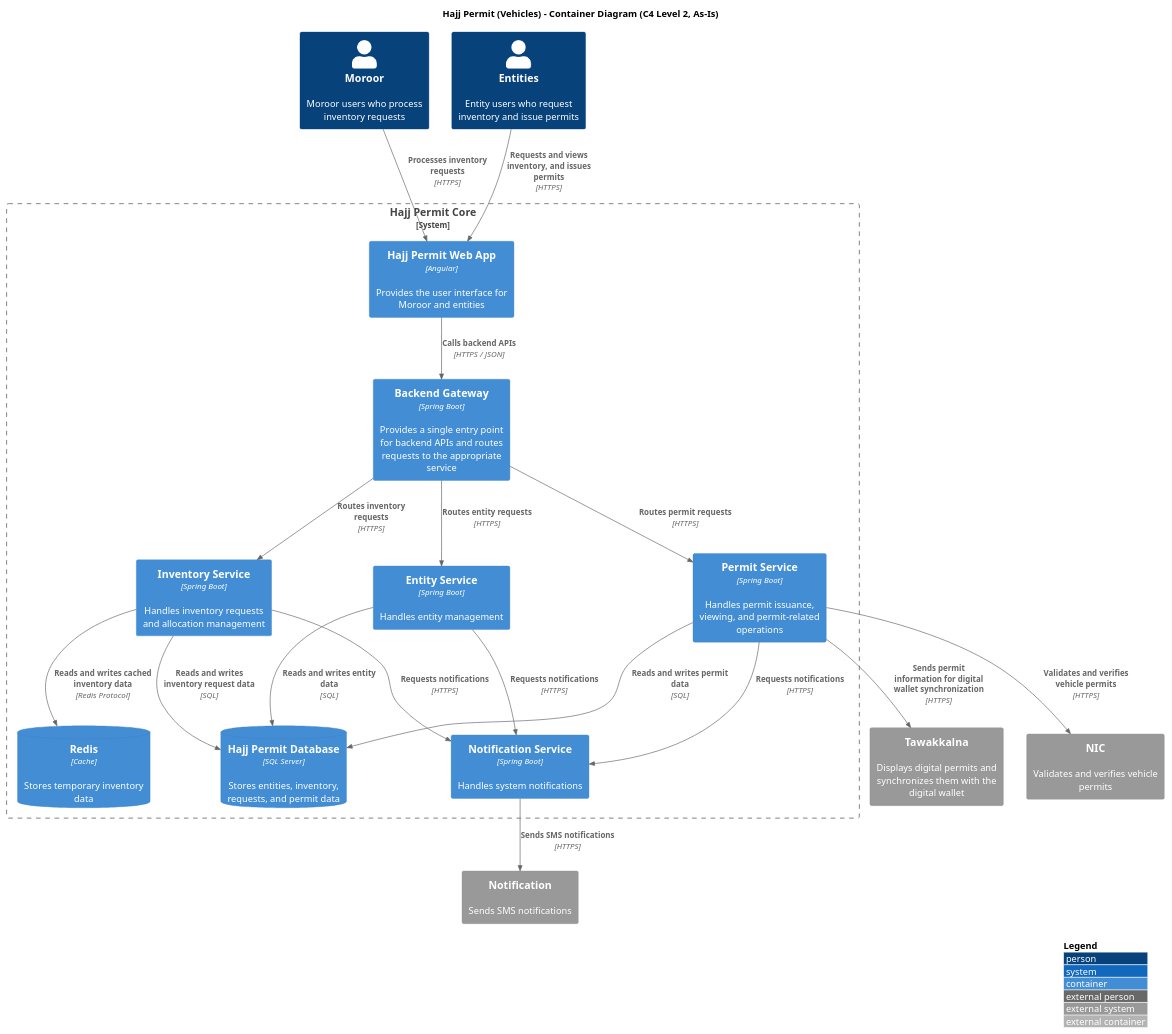
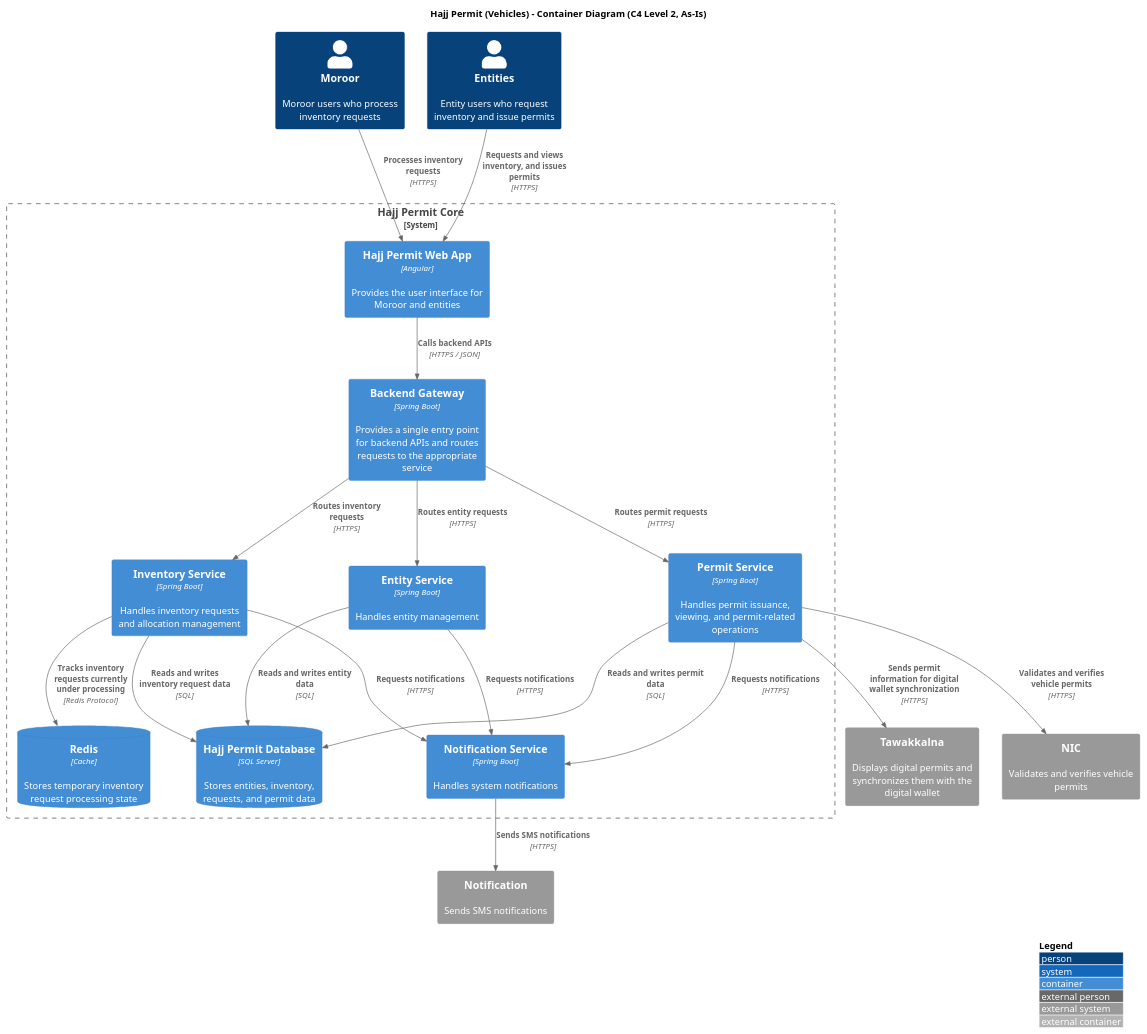
The diagram in docs/c4/c2/container.puml (Mashael48/softwareArchitectCourse), drawn with PlantUML before and after one commit. The commit also changed 1 other file, not shown here.

Commit message:
align C2 Redis description with processing lock ADR

```diff
--- a/docs/c4/c2/container.puml
+++ b/docs/c4/c2/container.puml
@@ -1,36 +1,36 @@
 @startuml containers
 !include <C4/C4_Container>
 title Hajj Permit (Vehicles) - Container Diagram (C4 Level 2, As-Is)
 LAYOUT_WITH_LEGEND()
 Person(moroor, "Moroor", "Moroor users who process inventory requests")
 Person(entities, "Entities", "Entity users who request inventory and issue permits")
 System_Ext(notification, "Notification", "Sends SMS notifications")
 System_Ext(tawakkalna, "Tawakkalna", "Displays digital permits and synchronizes them with the digital wallet")
 System_Ext(nic, "NIC", "Validates and verifies vehicle permits")
 System_Boundary(hajj_permit_core, "Hajj Permit Core") {
 Container(web_app, "Hajj Permit Web App", "Angular", "Provides the user interface for Moroor and entities")
 Container(gateway, "Backend Gateway", "Spring Boot", "Provides a single entry point for backend APIs and routes requests to the appropriate service")
 Container(entity_service, "Entity Service", "Spring Boot", "Handles entity management")
 Container(inventory_service, "Inventory Service", "Spring Boot", "Handles inventory requests and allocation management")
 Container(permit_service, "Permit Service", "Spring Boot", "Handles permit issuance, viewing, and permit-related operations")
 Container(notification_service, "Notification Service", "Spring Boot", "Handles system notifications")
-ContainerDb(redis, "Redis", "Cache", "Stores temporary inventory data")
+ContainerDb(redis, "Redis", "Cache", "Stores temporary inventory request processing state")
 ContainerDb(hajj_permit_db, "Hajj Permit Database", "SQL Server", "Stores entities, inventory, requests, and permit data")
 }
 Rel(moroor, web_app, "Processes inventory requests", "HTTPS")
 Rel(entities, web_app, "Requests and views inventory, and issues permits", "HTTPS")
 Rel(web_app, gateway, "Calls backend APIs", "HTTPS / JSON")
 Rel(gateway, entity_service, "Routes entity requests", "HTTPS")
 Rel(gateway, inventory_service, "Routes inventory requests", "HTTPS")
 Rel(gateway, permit_service, "Routes permit requests", "HTTPS")
 Rel(entity_service, notification_service, "Requests notifications", "HTTPS")
 Rel(inventory_service, notification_service, "Requests notifications", "HTTPS")
 Rel(permit_service, notification_service, "Requests notifications", "HTTPS")
-Rel(inventory_service, redis, "Reads and writes cached inventory data", "Redis Protocol")
+Rel(inventory_service, redis, "Tracks inventory requests currently under processing", "Redis Protocol")
 Rel(notification_service, notification, "Sends SMS notifications", "HTTPS")
 Rel(entity_service, hajj_permit_db, "Reads and writes entity data", "SQL")
 Rel(inventory_service, hajj_permit_db, "Reads and writes inventory request data", "SQL")
 Rel(permit_service, hajj_permit_db, "Reads and writes permit data", "SQL")
 Rel(permit_service, tawakkalna, "Sends permit information for digital wallet synchronization", "HTTPS")
 Rel(permit_service, nic, "Validates and verifies vehicle permits", "HTTPS")
 @enduml
```
